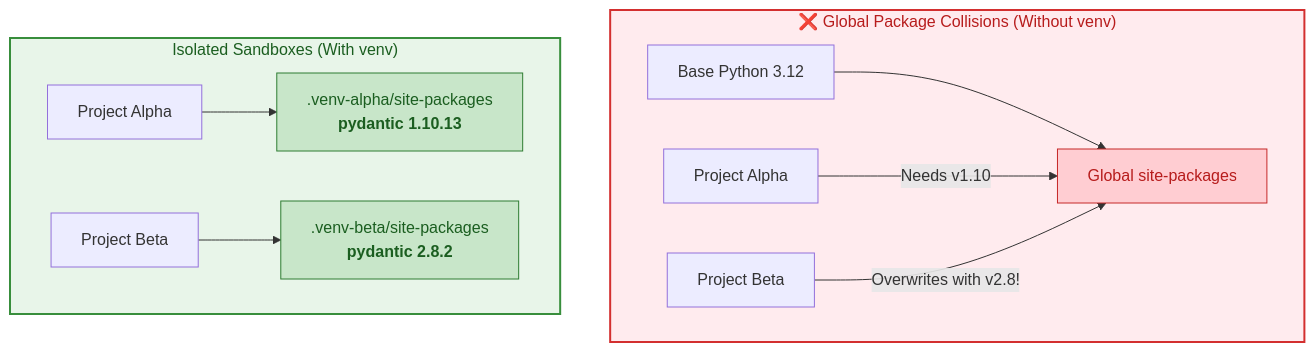
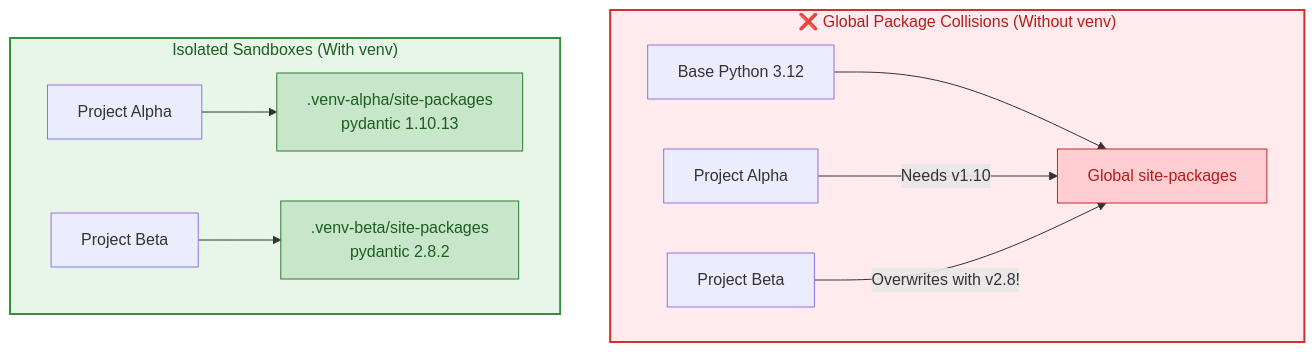
The second of 2 diagrams in notes/NotionExport/AI/AI-Learinig-Path/Phase 0 - Foundations/Phase 0.1 - Python/01 How Python Runs and Setup.md (githubchecker/personal), drawn with Mermaid before and after one commit. The commit also changed other lines of this file and 5 other files, not shown here.

Commit message:
fix: clean Mermaid HTML tags and finalize infographic headers with large font

````diff
--- a/notes/NotionExport/AI/AI-Learinig-Path/Phase 0 - Foundations/Phase 0.1 - Python/01 How Python Runs and Setup.md
+++ b/notes/NotionExport/AI/AI-Learinig-Path/Phase 0 - Foundations/Phase 0.1 - Python/01 How Python Runs and Setup.md
@@ -206,19 +206,19 @@
 ```mermaid
 flowchart TD
     subgraph Fragile ["❌ Global Package Collisions (Without venv)"]
         G_PY["Base Python 3.12"] --> G_SITE["Global site-packages"]
         PA1["Project Alpha"] -->|Needs v1.10| G_SITE
         PB1["Project Beta"] -->|Overwrites with v2.8!| G_SITE
     end
 
     subgraph Robust ["Isolated Sandboxes (With venv)"]
-        PA2["Project Alpha"] --> VENV_A[".venv-alpha/site-packages<br/><b>pydantic 1.10.13</b>"]
-        PB2["Project Beta"] --> VENV_B[".venv-beta/site-packages<br/><b>pydantic 2.8.2</b>"]
+        PA2["Project Alpha"] --> VENV_A[".venv-alpha/site-packages<br/>pydantic 1.10.13"]
+        PB2["Project Beta"] --> VENV_B[".venv-beta/site-packages<br/>pydantic 2.8.2"]
     end
 
     style Fragile fill:#FFEBEE,stroke:#D32F2F,stroke-width:2px,color:#B71C1C
     style Robust fill:#E8F5E9,stroke:#388E3C,stroke-width:2px,color:#1B5E20
     style G_SITE fill:#FFCDD2,stroke:#C62828,color:#B71C1C
     style VENV_A fill:#C8E6C9,stroke:#2E7D32,color:#1B5E20
     style VENV_B fill:#C8E6C9,stroke:#2E7D32,color:#1B5E20
 ```
````
